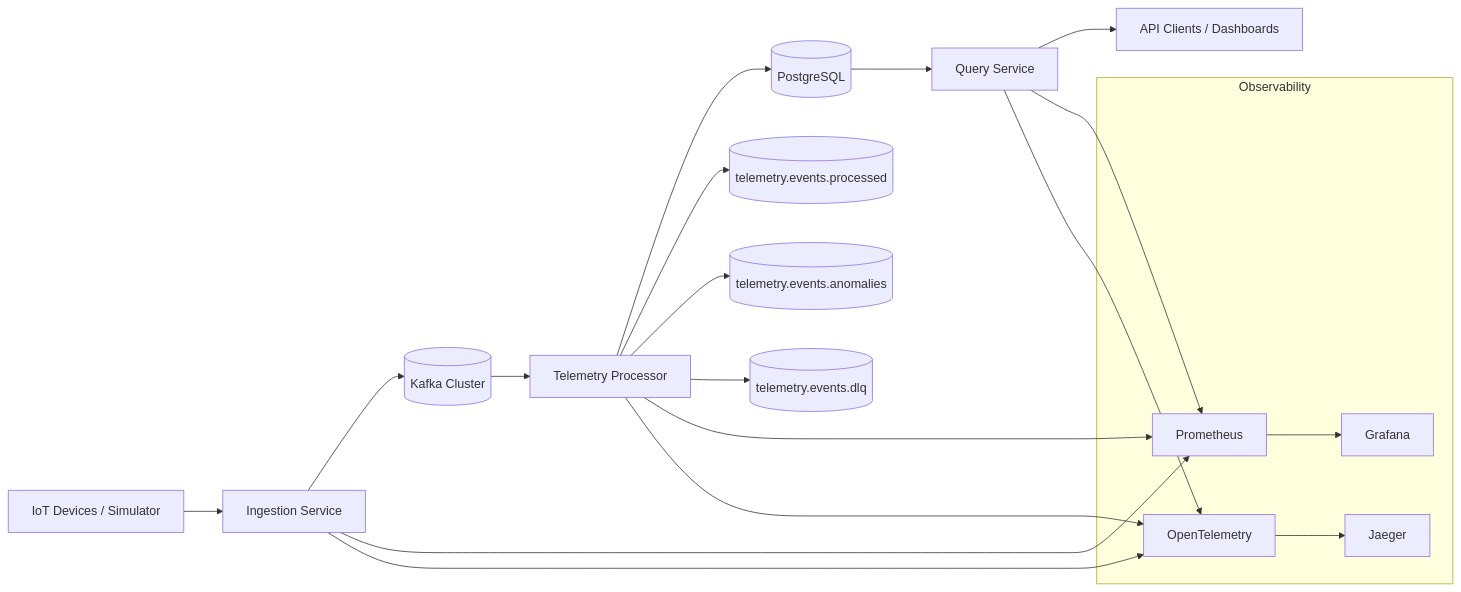
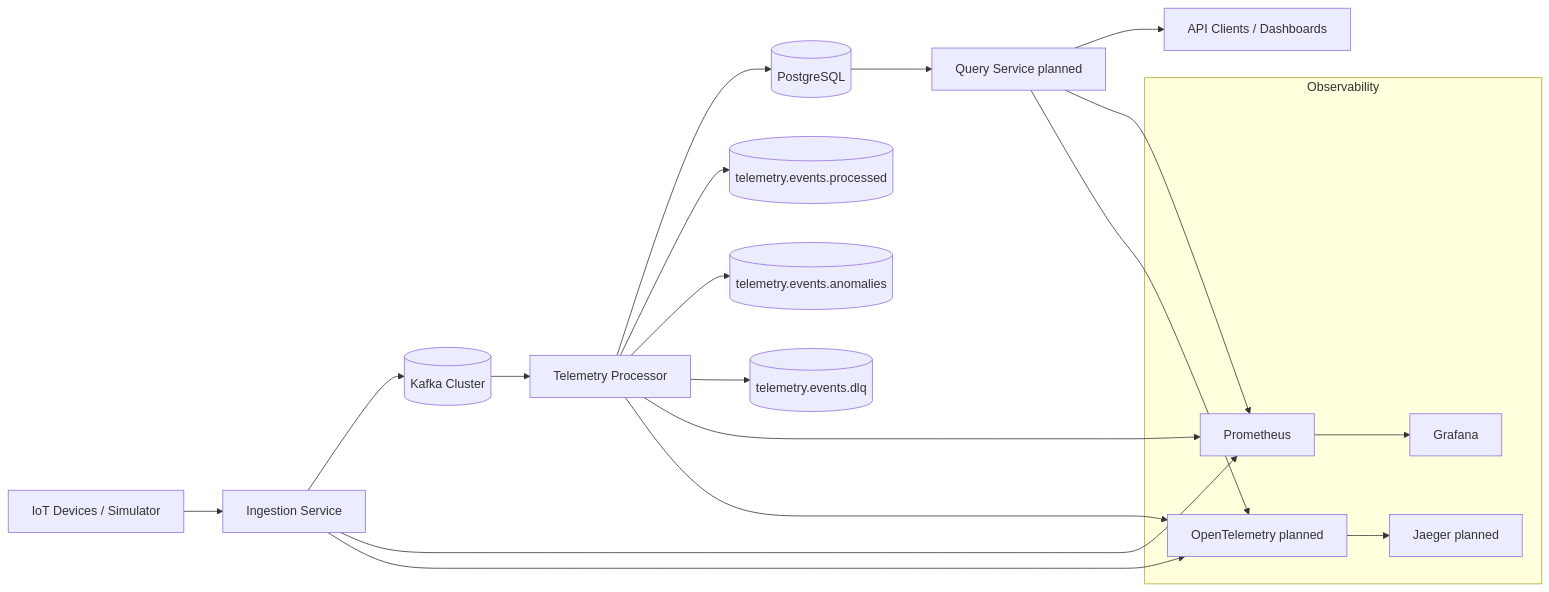
The second of 4 diagrams in docs/architecture/c4-model.md (ME-Massine/pulsestream), drawn with Mermaid before and after one commit. The commit also changed other lines of this file and 15 other files, not shown here.

````diff
--- a/docs/architecture/c4-model.md
+++ b/docs/architecture/c4-model.md
@@ -60,32 +60,32 @@
 ```mermaid
 flowchart LR
     A[IoT Devices / Simulator] --> B[Ingestion Service]
     B --> C[(Kafka Cluster)]
 
     C --> D[Telemetry Processor]
     D --> E[(PostgreSQL)]
-    E --> F[Query Service]
+    E --> F[Query Service planned]
     F --> G[API Clients / Dashboards]
 
     D --> H[(telemetry.events.processed)]
     D --> I[(telemetry.events.anomalies)]
     D --> J[(telemetry.events.dlq)]
 
     subgraph Observability
         K[Prometheus]
         L[Grafana]
-        M[OpenTelemetry]
-        N[Jaeger]
+        M[OpenTelemetry planned]
+        N[Jaeger planned]
     end
 
     B --> K
     D --> K
     F --> K
 
     B --> M
     D --> M
     F --> M
 
     M --> N
     K --> L
 ```
````
